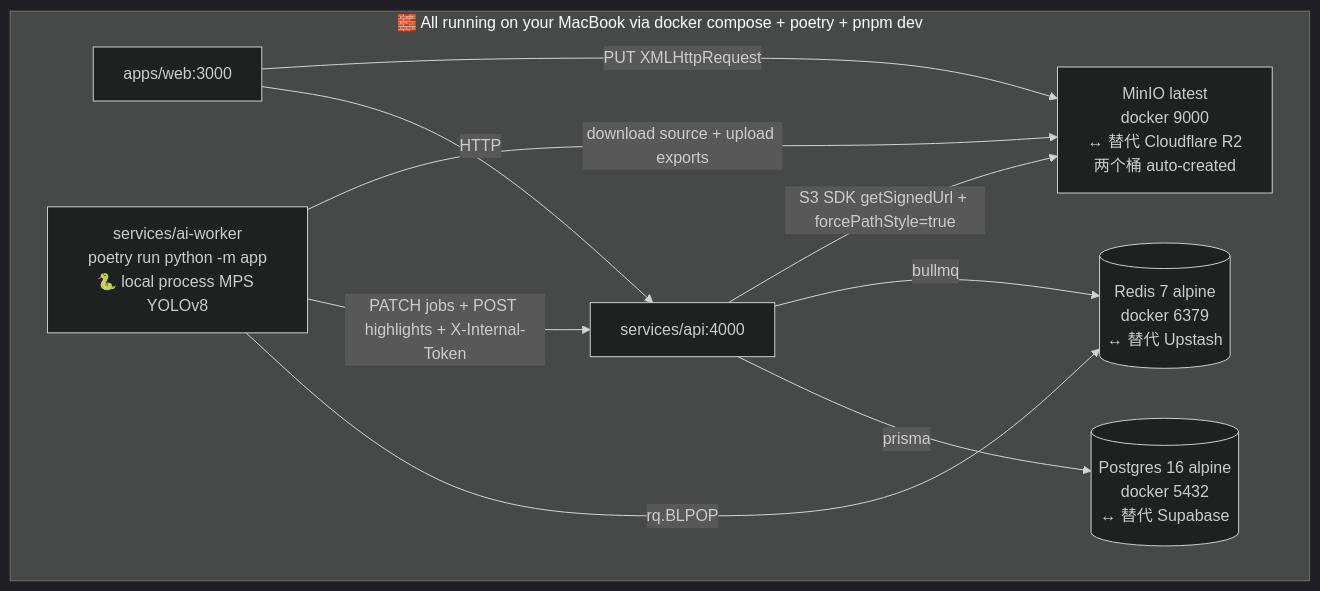
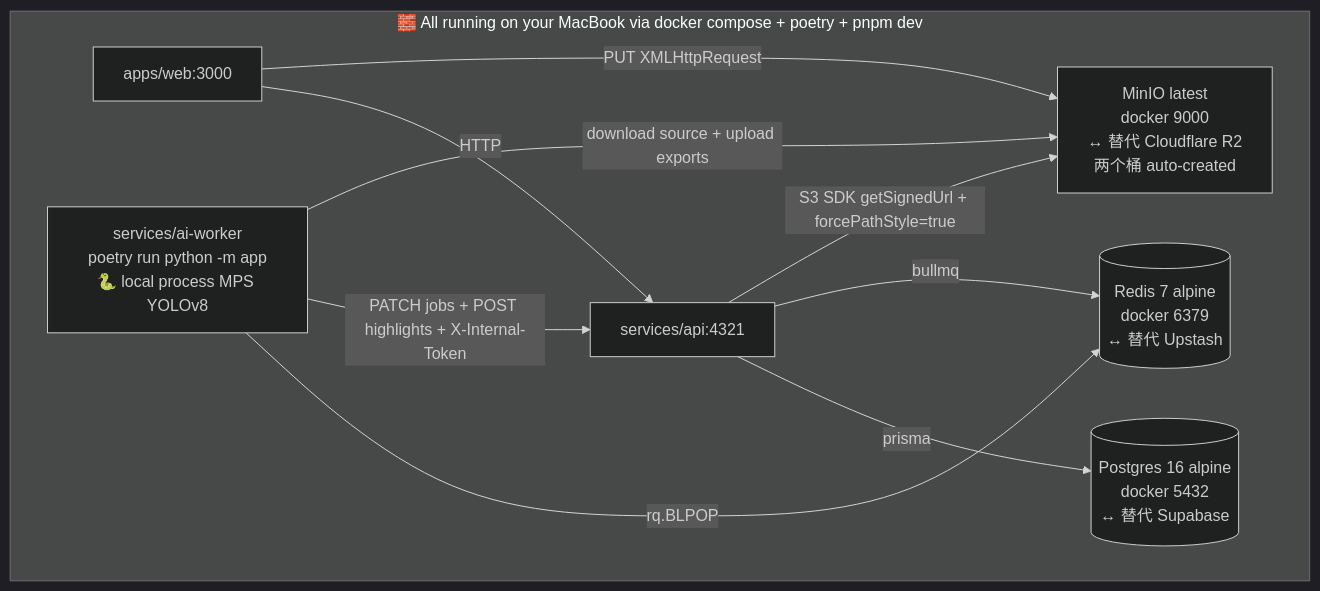
Before and after one commit to JiexinLee/shoot-the-ball: the third of 3 diagrams in docs/requirements/1.0/uploading_behavior.md, drawn with Mermaid (dark theme). The commit also changed other lines of this file and 22 other files, not shown here.

````diff
--- a/docs/requirements/1.0/uploading_behavior.md
+++ b/docs/requirements/1.0/uploading_behavior.md
@@ -119,14 +120,14 @@
 ```mermaid
 flowchart LR
     subgraph LOCAL [🧱 All running on your MacBook via docker compose + poetry + pnpm dev]
         direction LR
-        W[apps/web:3000] -->|HTTP| A[services/api:4000]
+        W[apps/web:3000] -->|HTTP| A[services/api:4321]
         A -->|prisma| PG[(Postgres 16 alpine<br/>docker 5432<br/>↔ 替代 Supabase)]
         A -->|bullmq| RD[(Redis 7 alpine<br/>docker 6379<br/>↔ 替代 Upstash)]
         W -->|PUT XMLHttpRequest| M[MinIO latest<br/>docker 9000<br/>↔ 替代 Cloudflare R2<br/>两个桶 auto-created]
         A -->|S3 SDK getSignedUrl + forcePathStyle=true| M
         AI[services/ai-worker<br/>poetry run python -m app<br/>🐍 local process MPS YOLOv8] -->|rq.BLPOP| RD
         AI -->|PATCH jobs + POST highlights + X-Internal-Token| A
         AI -->|download source + upload exports| M
     end
 ```
````
